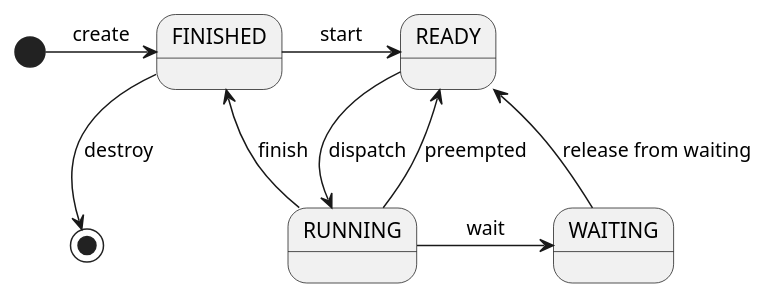
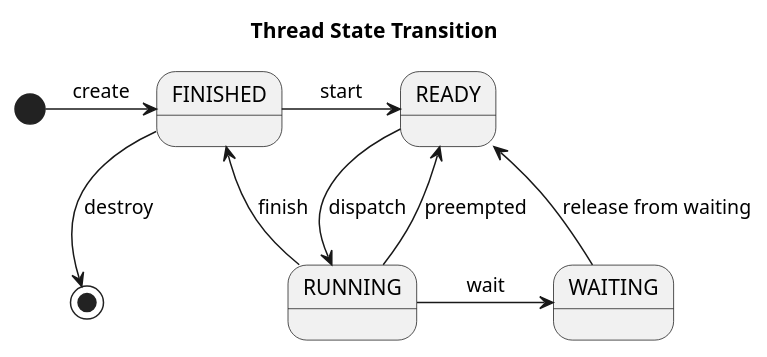
The second of 2 diagrams in inline_umlgraph_pnghtml.pu (katono/test_gh_pages), drawn with PlantUML before and after one commit. The commit also changed other lines of this file and 603 other files, not shown here.

```diff
--- a/inline_umlgraph_pnghtml.pu
+++ b/inline_umlgraph_pnghtml.pu
@@ -1,10 +47,12 @@
-@startuml inline_umlgraph_1.png
+@startuml inline_umlgraph_3.png
+title Thread State Transition
+
 [*] -right-> FINISHED : create
 FINISHED -right-> READY : start
 READY --> RUNNING : dispatch
 RUNNING --> READY : preempted
 RUNNING -right-> WAITING : wait
 WAITING --> READY : release from waiting
 RUNNING --> FINISHED : finish
 FINISHED --> [*] : destroy
 @enduml
```
